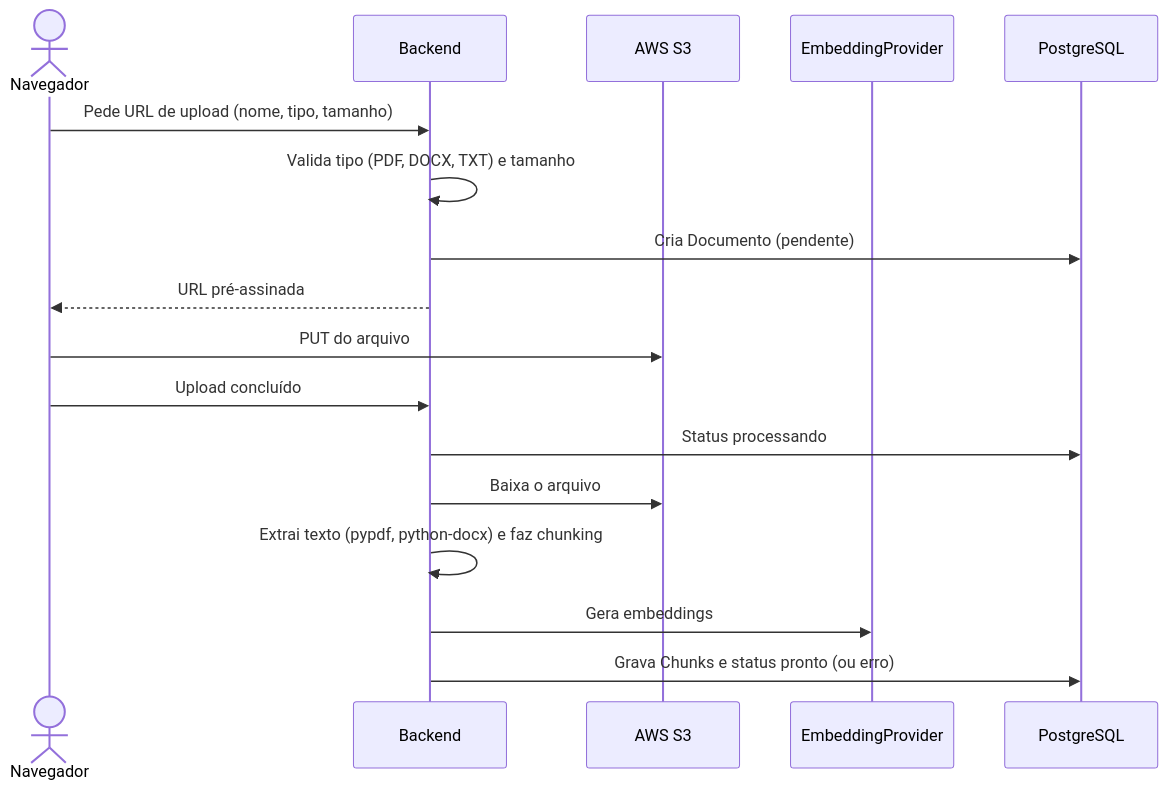
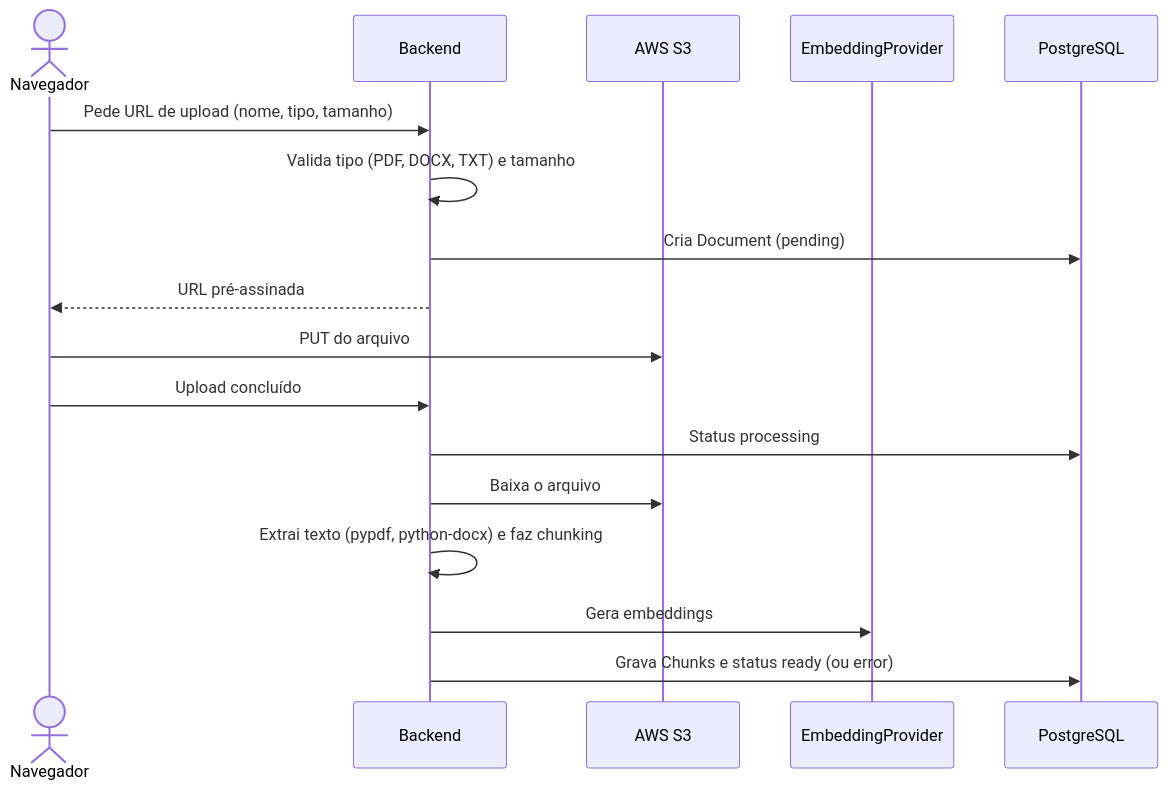
Before and after one commit to JonasRocha189/postpilot-ai: the second of 2 diagrams in _docs/agente-e-rag.md, drawn with Mermaid. The commit also changed other lines of this file and 27 other files, not shown here.

````diff
--- a/_docs/agente-e-rag.md
+++ b/_docs/agente-e-rag.md
@@ -86,20 +86,20 @@
 ```mermaid
 sequenceDiagram
     actor U as Navegador
     participant API as Backend
     participant S3 as AWS S3
     participant E as EmbeddingProvider
     participant DB as PostgreSQL
 
     U->>API: Pede URL de upload (nome, tipo, tamanho)
     API->>API: Valida tipo (PDF, DOCX, TXT) e tamanho
-    API->>DB: Cria Documento (pendente)
+    API->>DB: Cria Document (pending)
     API-->>U: URL pré-assinada
     U->>S3: PUT do arquivo
     U->>API: Upload concluído
-    API->>DB: Status processando
+    API->>DB: Status processing
     API->>S3: Baixa o arquivo
     API->>API: Extrai texto (pypdf, python-docx) e faz chunking
     API->>E: Gera embeddings
-    API->>DB: Grava Chunks e status pronto (ou erro)
+    API->>DB: Grava Chunks e status ready (ou error)
 ```
````
